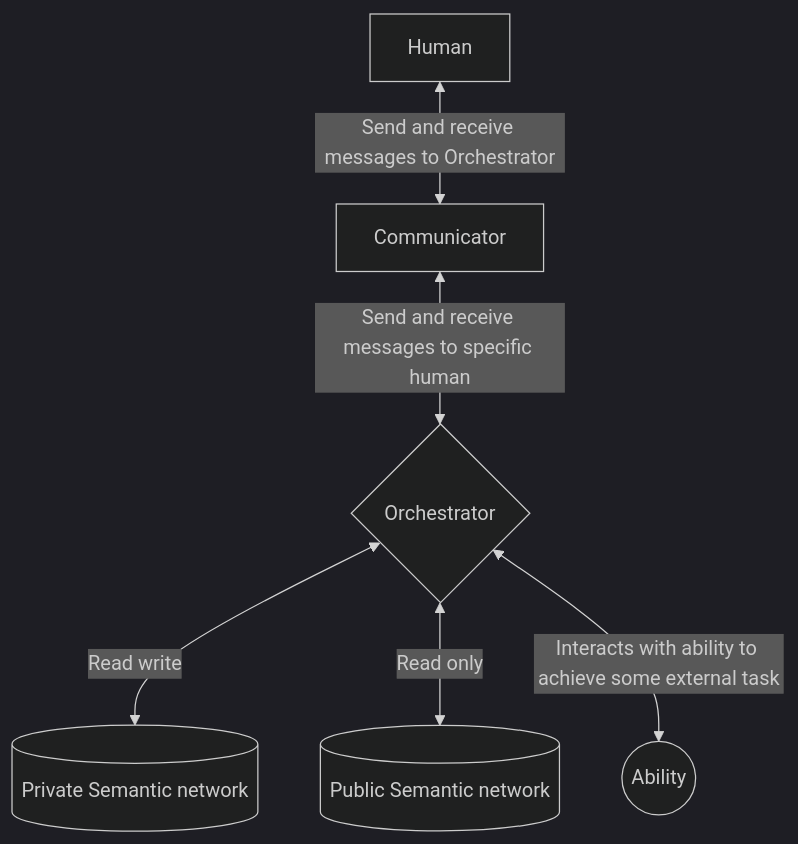
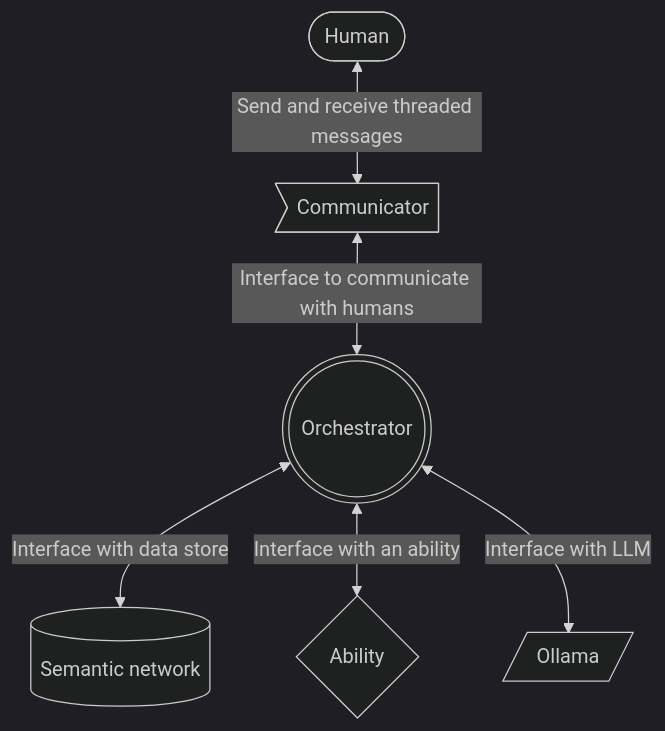
One commit to ReasonAbleAI/ReasonAbleAI changed the first of 2 diagrams in README.md. Above: the diagram before and after it, drawn with Mermaid (dark theme). The commit also changed other lines of this file and 7 other files, not shown here.

Commit message:
refactoring with new graphs and the communicator concept added

````diff
--- a/README.md
+++ b/README.md
@@ -22,8 +17,8 @@
 ```mermaid
 graph TB
-    A[Human] <-- "Send and receive messages to Orchestrator" --> F[Communicator]
-    F <-- "Send and receive messages to specific human" --> B{Orchestrator}
-    B <-- "Read write" --> D[(Private Semantic network)]
-    B <-- "Read only" --> E[(Public Semantic network)]
-    B <-- "Interacts with ability to achieve some external task" --> C((Ability))
+    A([Human]) <-- "Send and receive threaded messages" --> F>Communicator]
+    F <-- "Interface to communicate with humans" --> B(((Orchestrator)))
+    B <-- "Interface with data store" --> D[(Semantic network)]
+    B <-- "Interface with an ability" --> C{Ability}
+    B <-- "Interface with LLM" --> G[/Ollama/]
 ```
````
